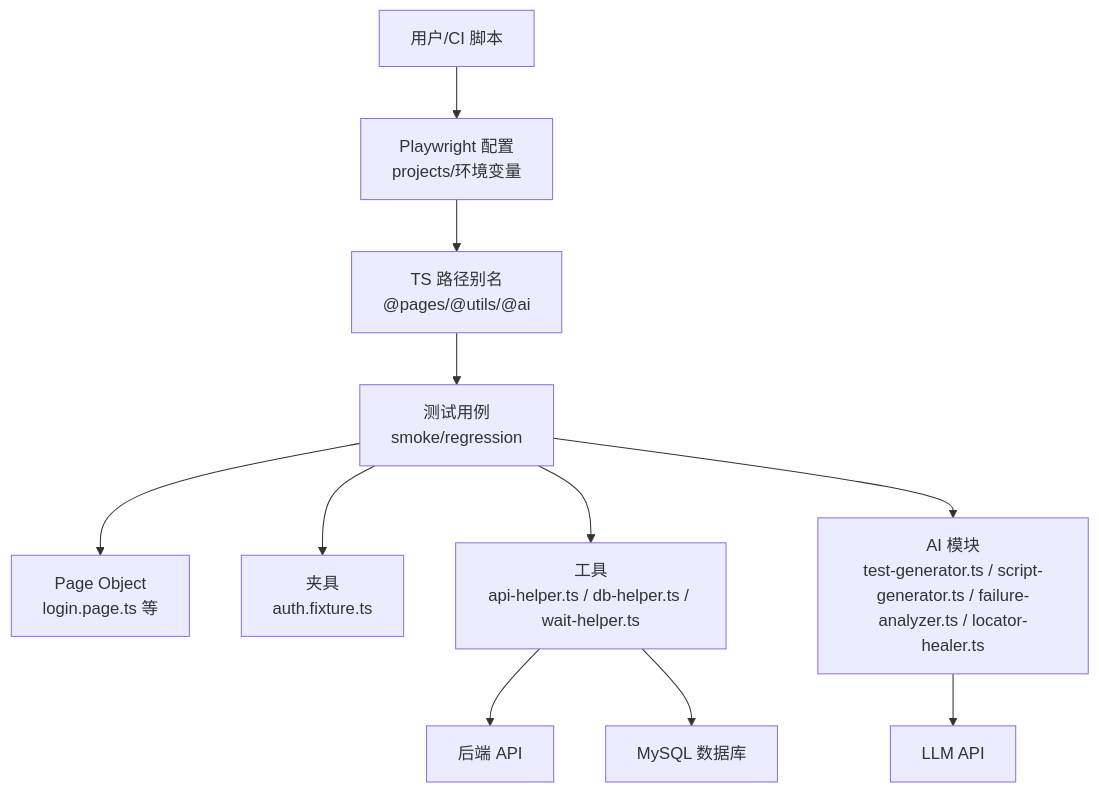
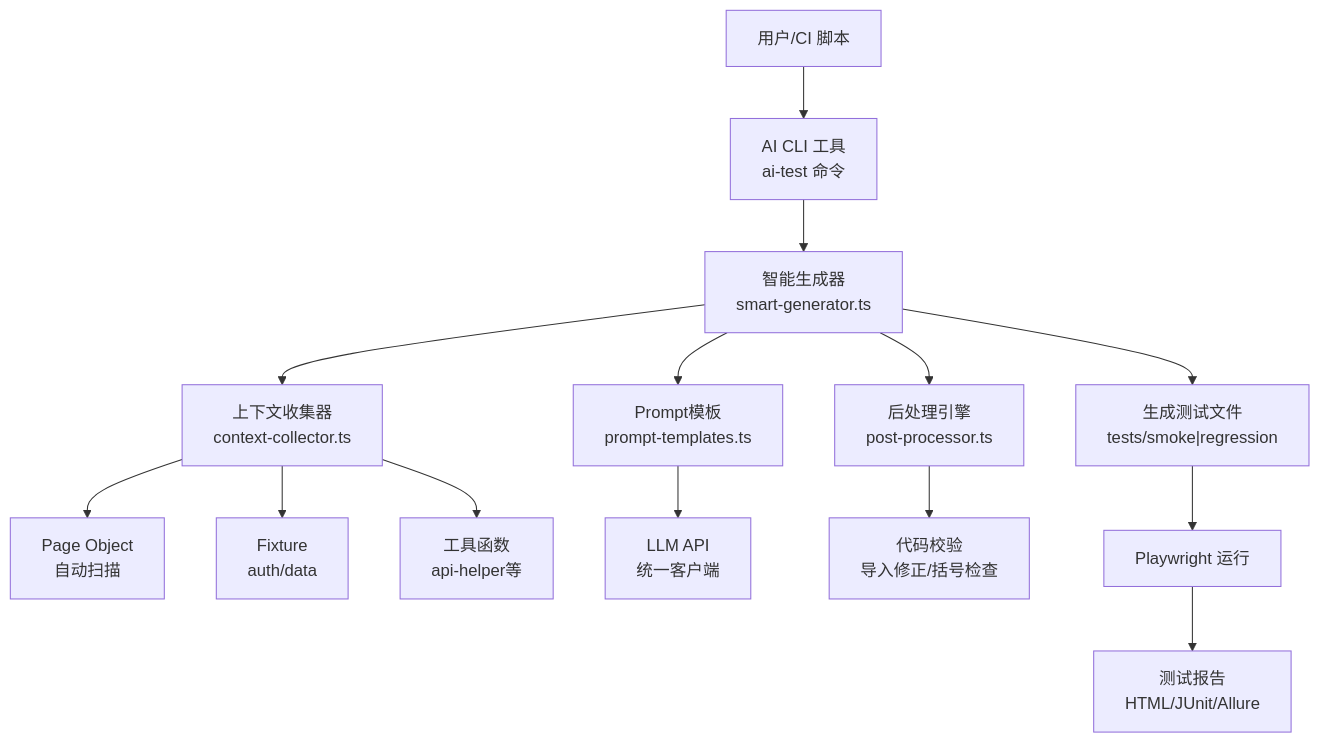
Before and after one commit to zzgoviziwind/--playwright: the second of 16 diagrams in .qoder/repowiki/zh/content/开发者指南/扩展开发.md, drawn with Mermaid. The commit also changed other lines of this file and 112 other files, not shown here.

````diff
--- a/.qoder/repowiki/zh/content/开发者指南/扩展开发.md
+++ b/.qoder/repowiki/zh/content/开发者指南/扩展开发.md
@@ -129,13 +168,16 @@
 ```mermaid
 graph TB
-U["用户/CI 脚本"] --> PC["Playwright 配置<br/>projects/环境变量"]
-PC --> TS["TS 路径别名<br/>@pages/@utils/@ai"]
-TS --> TST["测试用例<br/>smoke/regression"]
-TST --> PO["Page Object<br/>login.page.ts 等"]
-TST --> FIX["夹具<br/>auth.fixture.ts"]
-TST --> UT["工具<br/>api-helper.ts / db-helper.ts / wait-helper.ts"]
-TST --> AI["AI 模块<br/>test-generator.ts / script-generator.ts / failure-analyzer.ts / locator-healer.ts"]
-UT --> API["后端 API"]
-UT --> DB["MySQL 数据库"]
-AI --> LLM["LLM API"]
+U["用户/CI 脚本"] --> CLI["AI CLI 工具<br/>ai-test 命令"]
+CLI --> SG["智能生成器<br/>smart-generator.ts"]
+SG --> CC["上下文收集器<br/>context-collector.ts"]
+SG --> PT["Prompt模板<br/>prompt-templates.ts"]
+SG --> PP["后处理引擎<br/>post-processor.ts"]
+CC --> PO["Page Object<br/>自动扫描"]
+CC --> FIX["Fixture<br/>auth/data"]
+CC --> UTIL["工具函数<br/>api-helper等"]
+PT --> LLM["LLM API<br/>统一客户端"]
+PP --> VALID["代码校验<br/>导入修正/括号检查"]
+SG --> TESTS["生成测试文件<br/>tests/smoke|regression"]
+TESTS --> RUN["Playwright 运行"]
+RUN --> REPORT["测试报告<br/>HTML/JUnit/Allure"]
 ```
````
